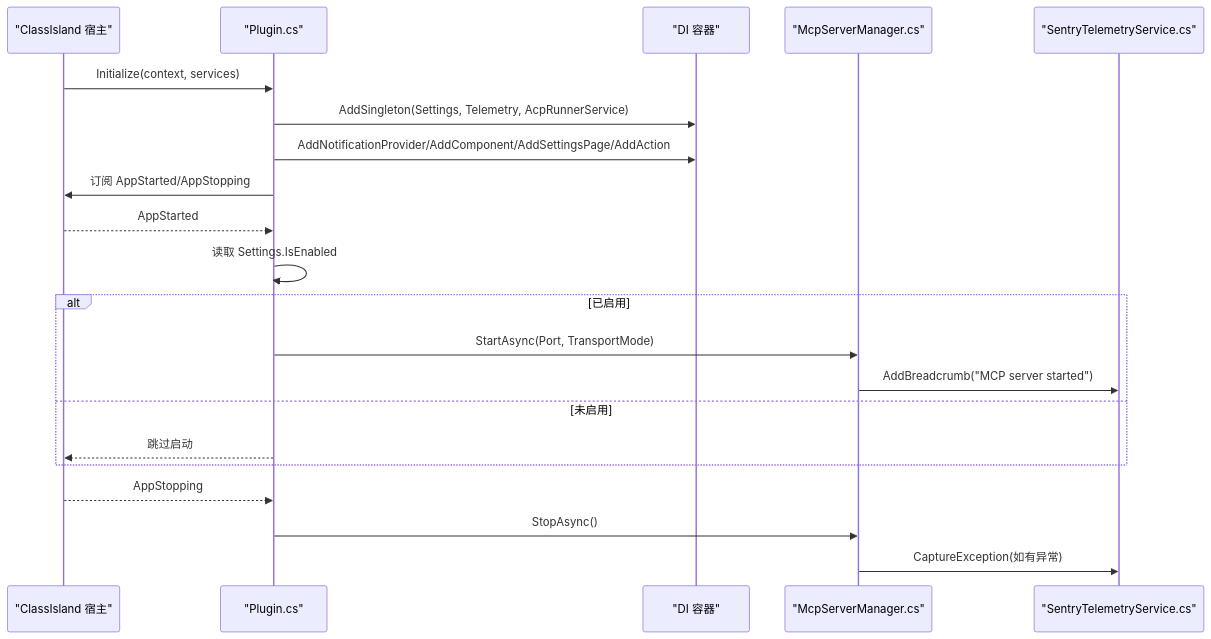
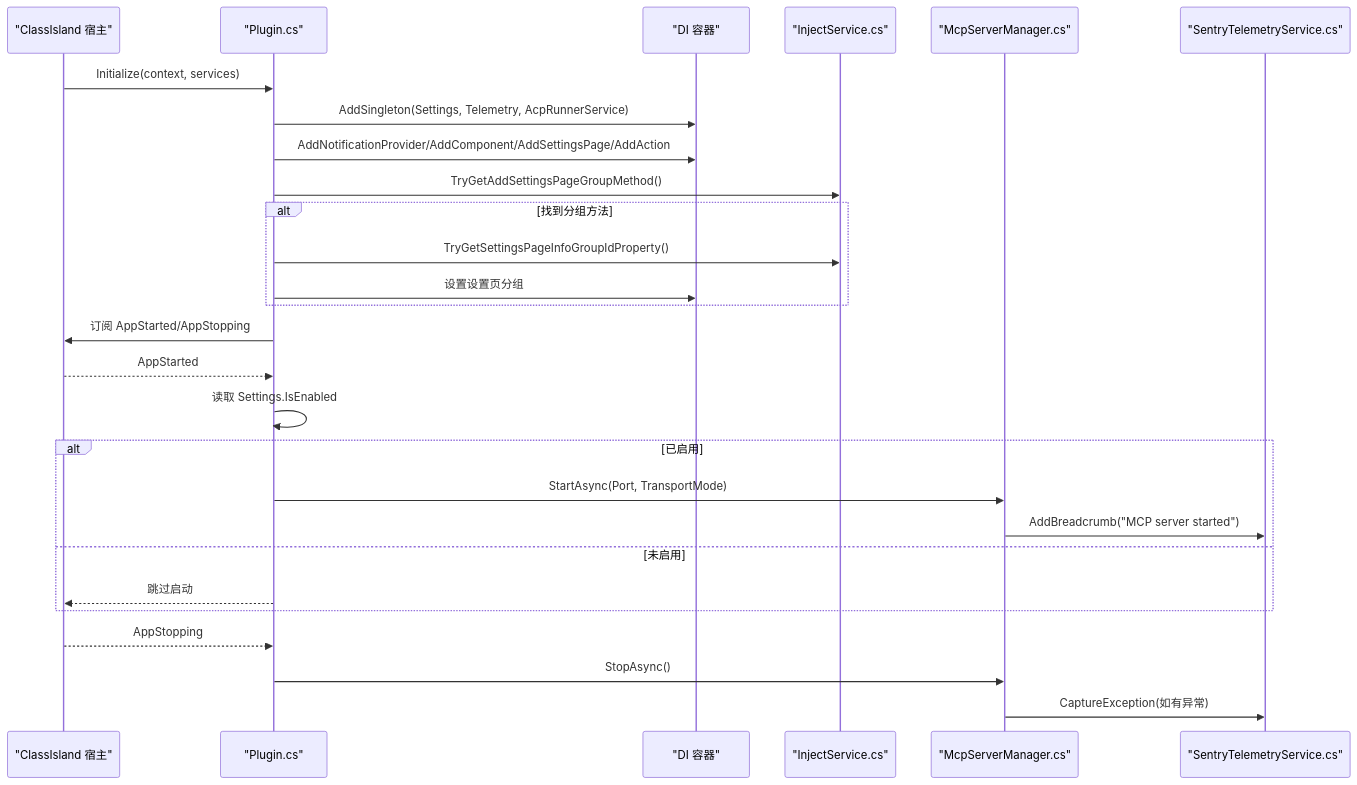
The third of 9 diagrams in .qoder/repowiki/zh/content/架构设计/架构设计.md (ShihaoShenDev/AgentIsland), drawn with Mermaid before and after one commit. The commit also changed other lines of this file and 31 other files, not shown here.

````diff
--- a/.qoder/repowiki/zh/content/架构设计/架构设计.md
+++ b/.qoder/repowiki/zh/content/架构设计/架构设计.md
@@ -208,23 +259,29 @@
 ```mermaid
 sequenceDiagram
 participant Host as "ClassIsland 宿主"
 participant Plugin as "Plugin.cs"
 participant DI as "DI 容器"
+participant Shared as "InjectService.cs"
 participant MCP as "McpServerManager.cs"
 participant Telemetry as "SentryTelemetryService.cs"
 Host->>Plugin : Initialize(context, services)
 Plugin->>DI : AddSingleton(Settings, Telemetry, AcpRunnerService)
 Plugin->>DI : AddNotificationProvider/AddComponent/AddSettingsPage/AddAction
+Plugin->>Shared : TryGetAddSettingsPageGroupMethod()
+alt 找到分组方法
+Plugin->>Shared : TryGetSettingsPageInfoGroupIdProperty()
+Plugin->>DI : 设置设置页分组
+end
 Plugin->>Host : 订阅 AppStarted/AppStopping
 Host-->>Plugin : AppStarted
 Plugin->>Plugin : 读取 Settings.IsEnabled
 alt 已启用
 Plugin->>MCP : StartAsync(Port, TransportMode)
 MCP->>Telemetry : AddBreadcrumb("MCP server started")
 else 未启用
 Plugin-->>Host : 跳过启动
 end
 Host-->>Plugin : AppStopping
 Plugin->>MCP : StopAsync()
 MCP->>Telemetry : CaptureException(如有异常)
 ```
````
